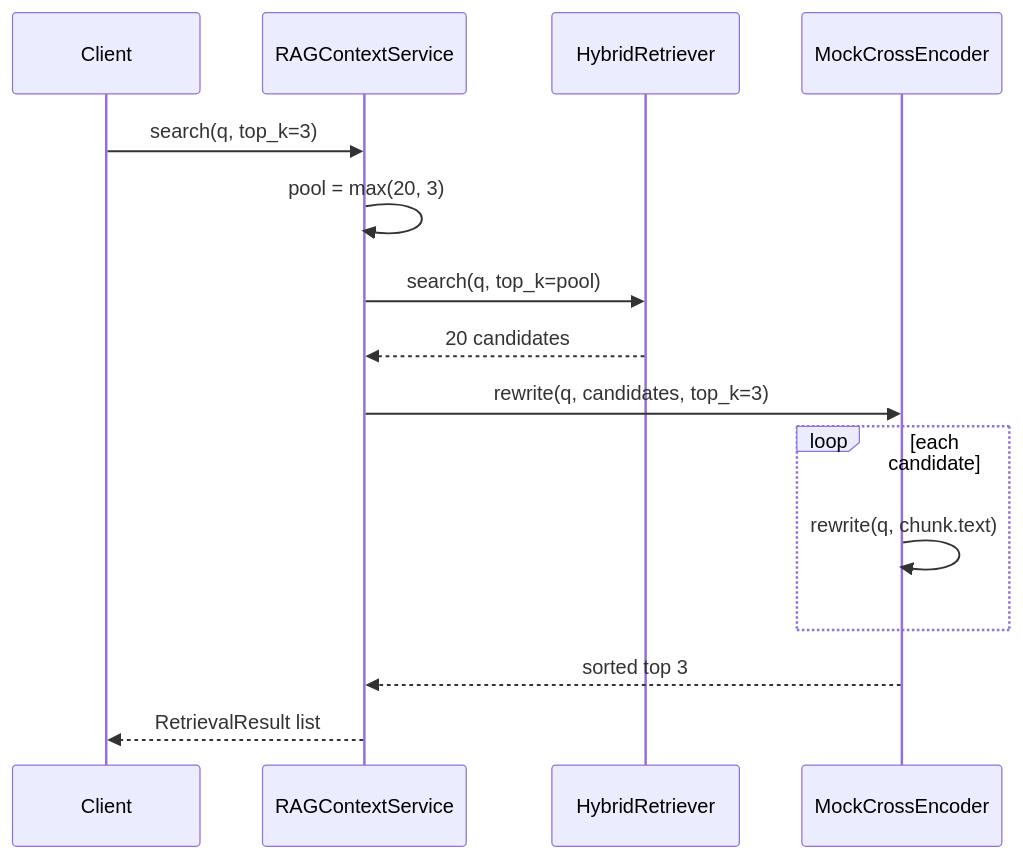
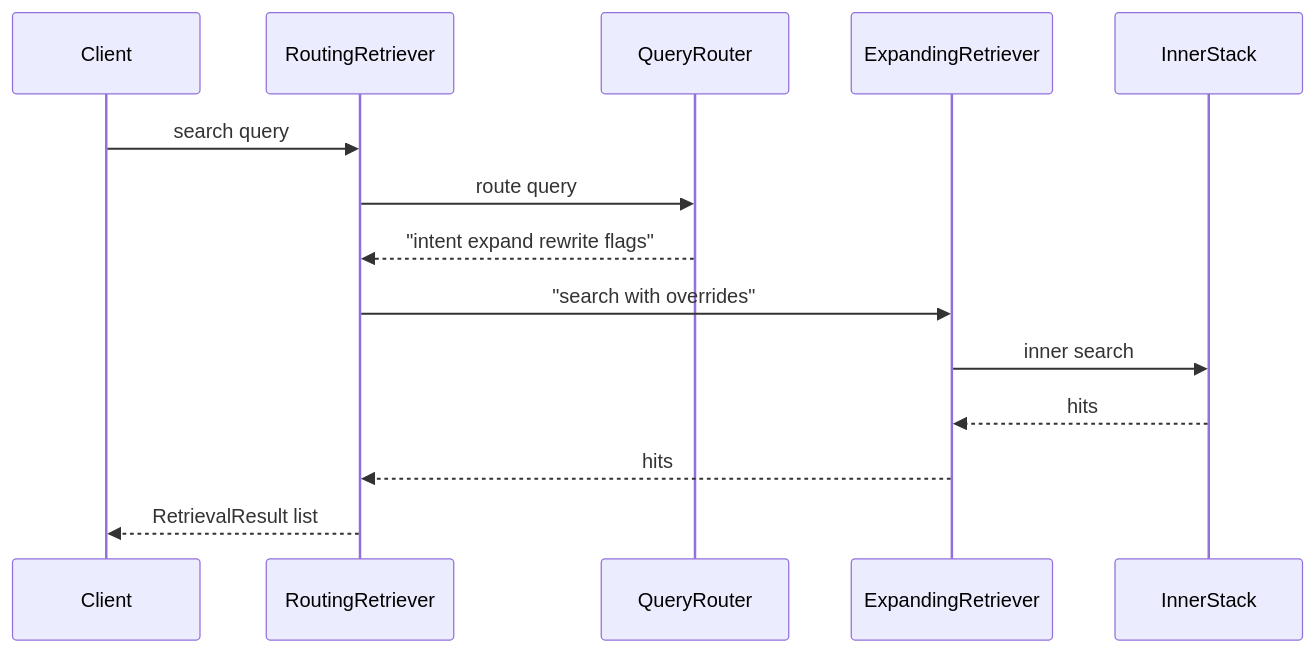
The first of 2 diagrams in course/day36/04_流程图与示意图.md (ab6539763/70_days_course_plus), drawn with Mermaid before and after one commit. The commit also changed other lines of this file and 128 other files, not shown here.

First line of the commit message:
fix(course): repair day31-37 diagrams, titles, and missing content

````diff
--- a/course/day36/04_流程图与示意图.md
+++ b/course/day36/04_流程图与示意图.md
@@ -5,17 +5,16 @@
 ```mermaid
 sequenceDiagram
     participant U as Client
-    participant R as RAGContextService
-    participant H as HybridRetriever
-    participant C as MockCrossEncoder
-    U->>R: search(q, top_k=3)
-    R->>R: pool = max(20, 3)
-    R->>H: search(q, top_k=pool)
-    H-->>R: 20 candidates
-    R->>C: rewrite(q, candidates, top_k=3)
-    loop each candidate
-        C->>C: rewrite(q, chunk.text)
-    end
-    C-->>R: sorted top 3
-    R-->>U: RetrievalResult list
+    participant RT as RoutingRetriever
+    participant Q as QueryRouter
+    participant E as ExpandingRetriever
+    participant I as InnerStack
+    U->>RT: search query
+    RT->>Q: route query
+    Q-->>RT: "intent expand rewrite flags"
+    RT->>E: "search with overrides"
+    E->>I: inner search
+    I-->>E: hits
+    E-->>RT: hits
+    RT-->>U: RetrievalResult list
 ```
````
